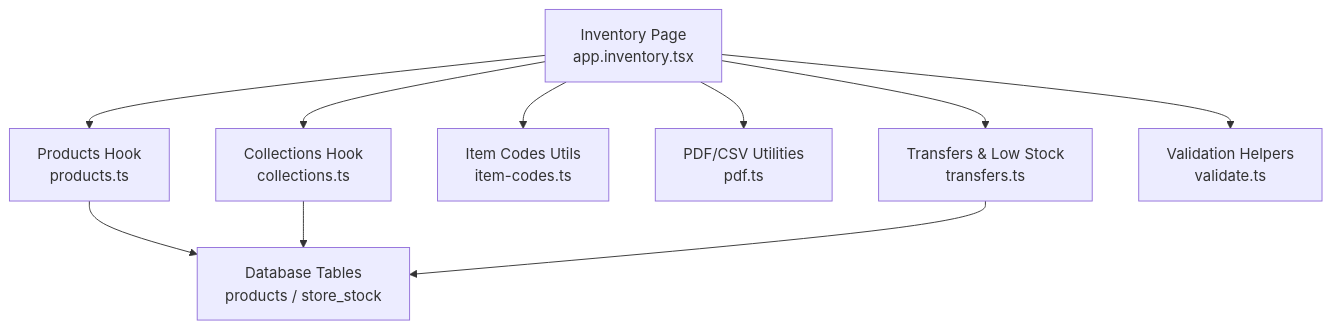
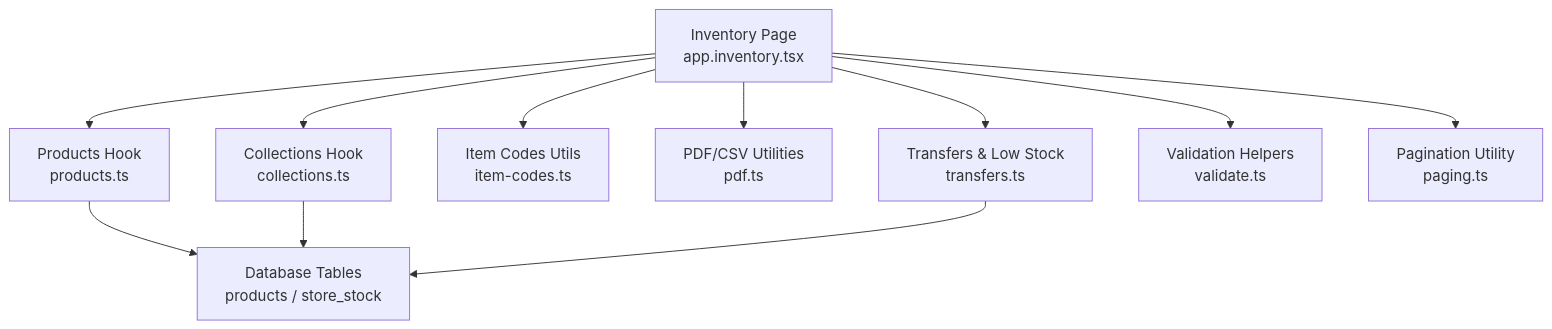
The first of 14 diagrams in .qoder/repowiki/en/content/Inventory Management/Inventory Management.md (themclloyd/storq), drawn with Mermaid before and after one commit. The commit also changed other lines of this file and 45 other files, not shown here.

First line of the commit message:
feat(database): enhance POS schema with security and retail operations

````diff
--- a/.qoder/repowiki/en/content/Inventory Management/Inventory Management.md
+++ b/.qoder/repowiki/en/content/Inventory Management/Inventory Management.md
@@ -39,12 +54,13 @@
 ```mermaid
 graph TB
 INV["Inventory Page<br/>app.inventory.tsx"] --> PROD["Products Hook<br/>products.ts"]
 INV --> COL["Collections Hook<br/>collections.ts"]
 INV --> CODE["Item Codes Utils<br/>item-codes.ts"]
 INV --> PDF["PDF/CSV Utilities<br/>pdf.ts"]
 INV --> TRANS["Transfers & Low Stock<br/>transfers.ts"]
 INV --> VAL["Validation Helpers<br/>validate.ts"]
+INV --> PAGING["Pagination Utility<br/>paging.ts"]
 PROD --> DB["Database Tables<br/>products / store_stock"]
 COL --> DB
 TRANS --> DB
 ```
````
